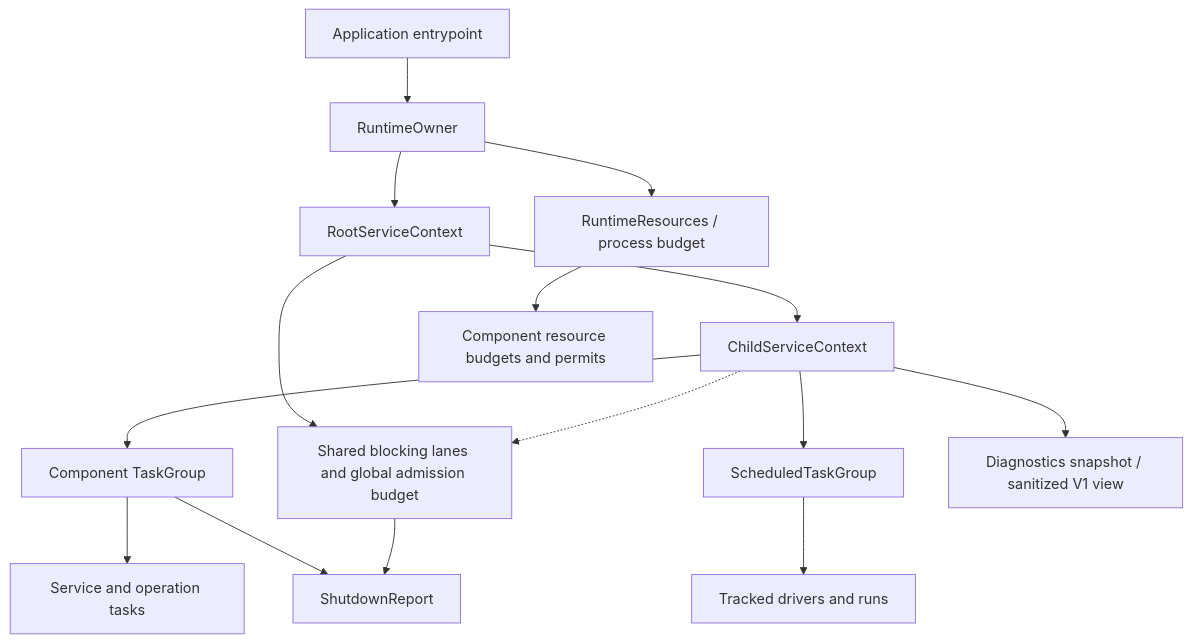
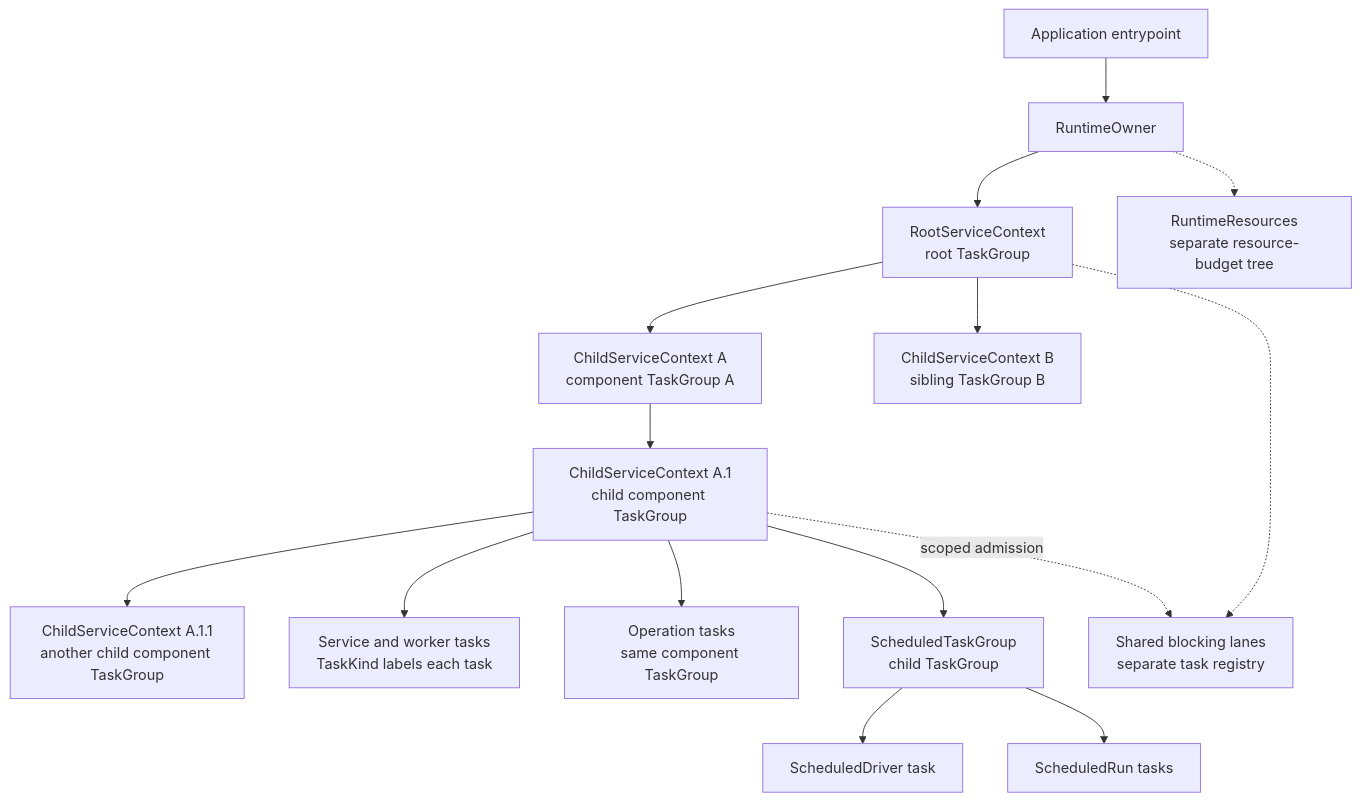
The diagram in rocketmq-runtime/README.md (mxsm/rocketmq-rust), drawn with Mermaid before and after one commit. The commit also changed other lines of this file and 1 other file, not shown here.

Commit message:
[ISSUE #10956]📝Clarify recursive TaskGroup ownership in runtime READMEs

````diff
--- a/rocketmq-runtime/README.md
+++ b/rocketmq-runtime/README.md
@@ -25,17 +25,17 @@
 ```mermaid
 flowchart TD
     Entry["Application entrypoint"] --> Owner["RuntimeOwner"]
-    Owner --> Root["RootServiceContext"]
-    Root --> Service["ChildServiceContext"]
-    Service --> Group["Component TaskGroup"]
-    Group --> Tasks["Service and operation tasks"]
-    Service --> Scheduled["ScheduledTaskGroup"]
-    Scheduled --> Jobs["Tracked drivers and runs"]
-    Root --> Blocking["Shared blocking lanes and global admission budget"]
-    Service -.-> Blocking
-    Owner --> Resources["RuntimeResources / process budget"]
-    Resources --> Budgets["Component resource budgets and permits"]
-    Group --> Report["ShutdownReport"]
-    Blocking --> Report
-    Service --> Diagnostics["Diagnostics snapshot / sanitized V1 view"]
+    Owner --> Root["RootServiceContext<br/>root TaskGroup"]
+    Root --> A["ChildServiceContext A<br/>component TaskGroup A"]
+    Root --> B["ChildServiceContext B<br/>sibling TaskGroup B"]
+    A --> A1["ChildServiceContext A.1<br/>child component TaskGroup"]
+    A1 --> A2["ChildServiceContext A.1.1<br/>another child component TaskGroup"]
+    A1 --> Tasks["Service and worker tasks<br/>TaskKind labels each task"]
+    A1 --> Operations["Operation tasks<br/>same component TaskGroup"]
+    A1 --> Scheduled["ScheduledTaskGroup<br/>child TaskGroup"]
+    Scheduled --> Driver["ScheduledDriver task"]
+    Scheduled --> Runs["ScheduledRun tasks"]
+    Root -.-> Blocking["Shared blocking lanes<br/>separate task registry"]
+    A1 -.->|scoped admission| Blocking
+    Owner -.-> Resources["RuntimeResources<br/>separate resource-budget tree"]
 ```
````
